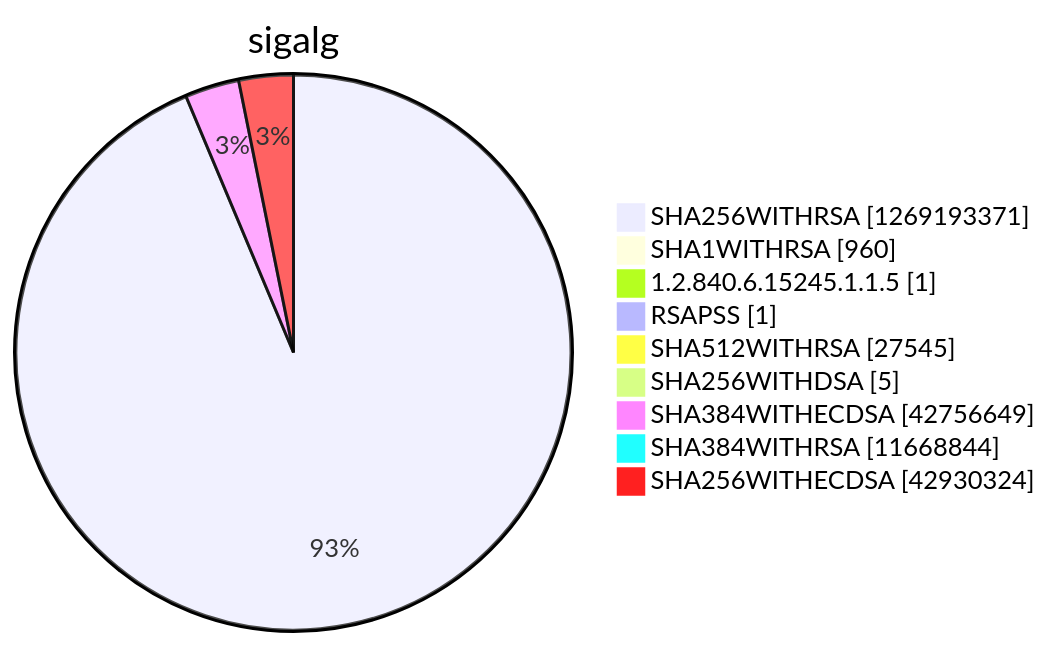
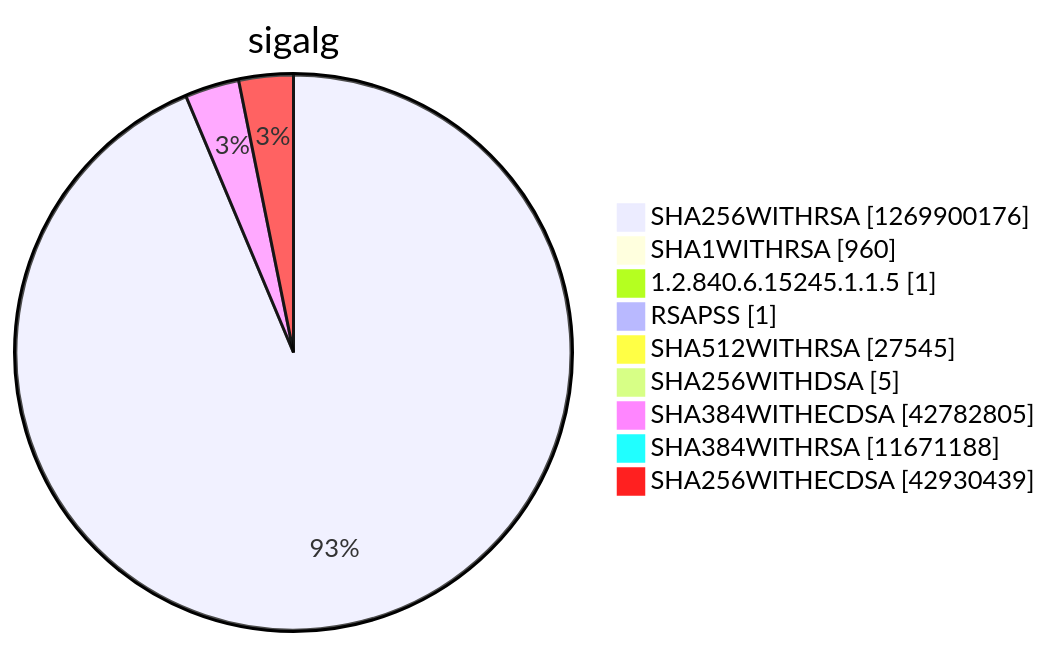
One commit to christiankrug/ctmonitor_visualization changed diagram 15 of 15 in argon2022/README.md. Above: the diagram before and after it, drawn with Mermaid. The commit also changed other lines of this file, not shown here.

````diff
--- a/argon2022/README.md
+++ b/argon2022/README.md
@@ -5522,13 +5522,13 @@
 ```mermaid
 pie showData
 title sigalg
-"SHA256WITHRSA" :1269193371
+"SHA256WITHRSA" :1269900176
 "SHA1WITHRSA" :960
 "1.2.840.6.15245.1.1.5" :1
 "RSAPSS" :1
 "SHA512WITHRSA" :27545
 "SHA256WITHDSA" :5
-"SHA384WITHECDSA" :42756649
-"SHA384WITHRSA" :11668844
-"SHA256WITHECDSA" :42930324
+"SHA384WITHECDSA" :42782805
+"SHA384WITHRSA" :11671188
+"SHA256WITHECDSA" :42930439
 ```
````
